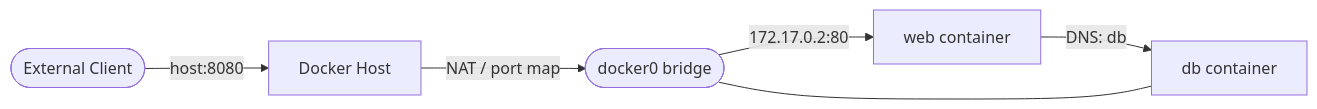
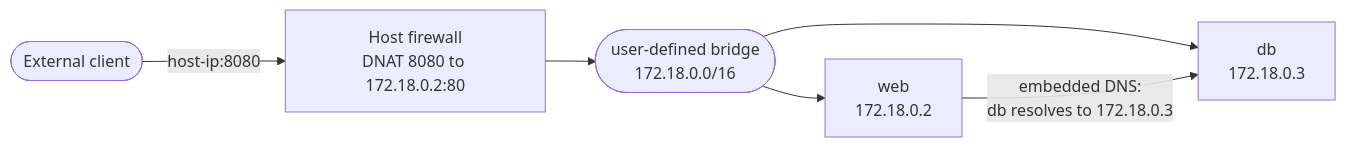
The fourth of 4 diagrams in github-pages/docs/technology/docker/fundamentals.md (AndrewAltimit/Documentation), drawn with Mermaid before and after one commit. The commit also changed other lines of this file and 240 other files, not shown here.

````diff
--- a/github-pages/docs/technology/docker/fundamentals.md
+++ b/github-pages/docs/technology/docker/fundamentals.md
@@ -349,8 +365,8 @@
 ```mermaid
 flowchart LR
-    Client([External Client]) -->|"host:8080"| Host[Docker Host]
-    Host -->|"NAT / port map"| Bridge(["docker0 bridge"])
-    Bridge -->|"172.17.0.2:80"| Web[web container]
-    Web -->|"DNS: db"| DB[db container]
-    Bridge --- DB
+    Client([External client]) -->|"host-ip:8080"| FW["Host firewall<br/>DNAT 8080 to 172.18.0.2:80"]
+    FW --> Br(["user-defined bridge<br/>172.18.0.0/16"])
+    Br --> Web["web<br/>172.18.0.2"]
+    Br --> DB["db<br/>172.18.0.3"]
+    Web -->|"embedded DNS:<br/>db resolves to 172.18.0.3"| DB
 ```
````
